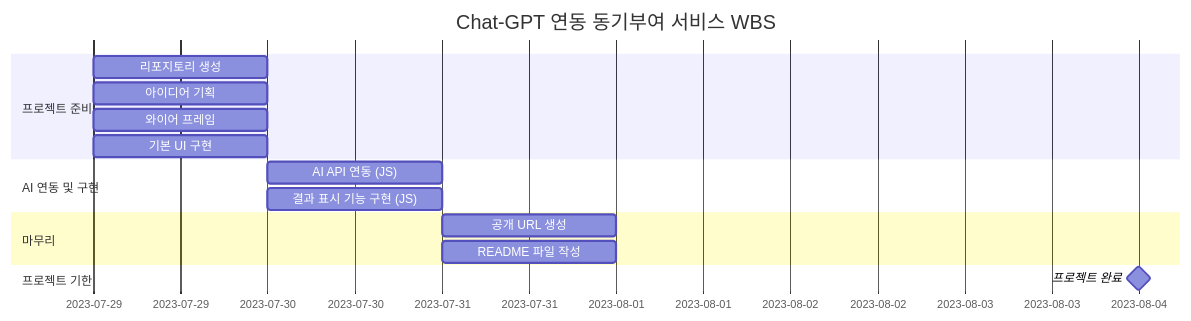
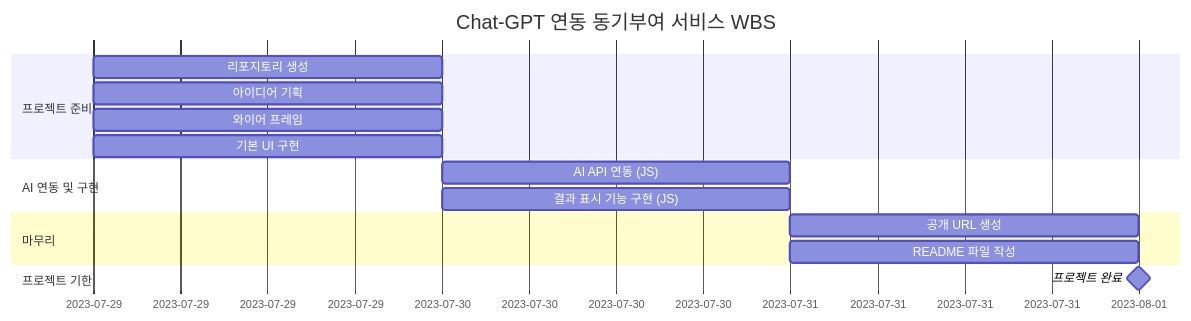
Before and after one commit to Donggyu-Kim1/AI-motivation: the diagram in README.md, drawn with Mermaid.

````diff
--- a/README.md
+++ b/README.md
@@ -7,18 +7,18 @@
 ```mermaid
 gantt
     title Chat-GPT 연동 동기부여 서비스 WBS
     dateFormat  YYYY-MM-DD
     section 프로젝트 준비
     리포지토리 생성       :2023-07-29, 1d
     아이디어 기획         :2023-07-29, 1d
     와이어 프레임         :2023-07-29, 1d
     기본 UI 구현          :2023-07-29, 1d
     section AI 연동 및 구현
     AI API 연동 (JS)      :2023-07-30, 1d
     결과 표시 기능 구현 (JS) :2023-07-30, 1d
     section 마무리
     공개 URL 생성         :2023-07-31, 1d
     README 파일 작성      :2023-07-31, 1d
     section 프로젝트 기한
-    프로젝트 완료         :milestone, 2023-08-04, 0d
+    프로젝트 완료         :milestone, 2023-08-01, 0d
 ```
````
